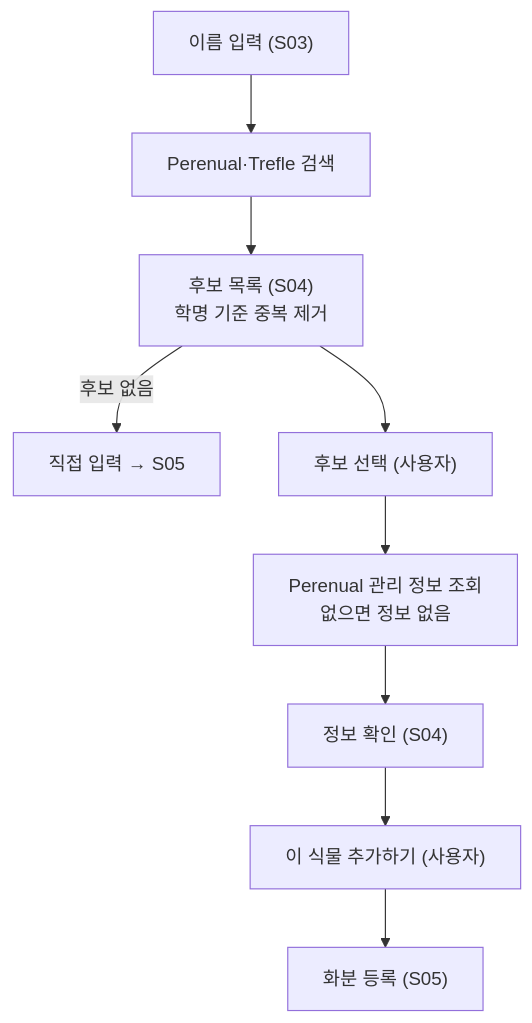
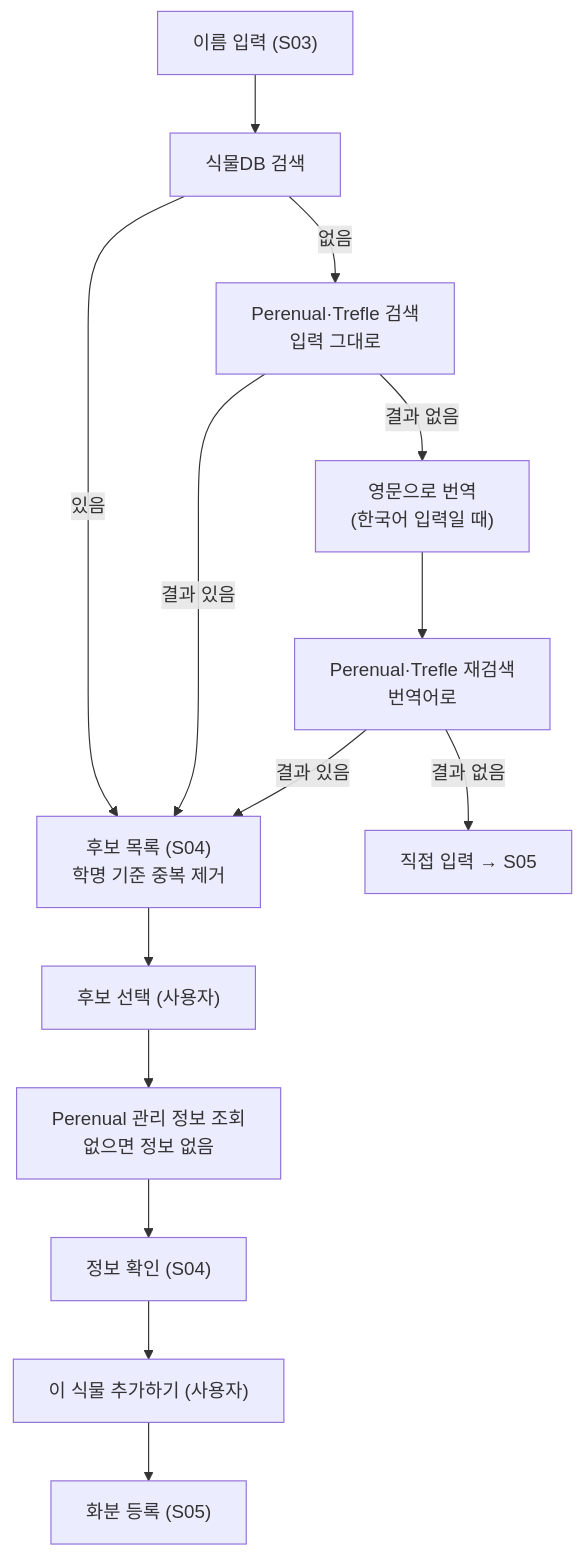
The first of 2 diagrams in docs/stage2/03-functional-specification.md (skiiilee/die-no-more), drawn with Mermaid before and after one commit. The commit also changed other lines of this file and 2 other files, not shown here.

Commit message:
docs: fix Korean name search order in stage 2 spec and data sources
Claude-Session: https://claude.ai/code/session_01M6cPSQP8EzxcsVfvztDNSh

````diff
--- a/docs/stage2/03-functional-specification.md
+++ b/docs/stage2/03-functional-specification.md
@@ -50,11 +50,16 @@
 ```mermaid
 flowchart TD
-  A["이름 입력 (S03)"] --> B["Perenual·Trefle 검색"]
-  B --> C["후보 목록 (S04)<br/>학명 기준 중복 제거"]
-  C -->|후보 없음| X["직접 입력 → S05"]
+  A["이름 입력 (S03)"] --> A1["식물DB 검색"]
+  A1 -->|있음| C["후보 목록 (S04)<br/>학명 기준 중복 제거"]
+  A1 -->|없음| B["Perenual·Trefle 검색<br/>입력 그대로"]
+  B -->|결과 있음| C
+  B -->|결과 없음| B2["영문으로 번역<br/>(한국어 입력일 때)"]
+  B2 --> B3["Perenual·Trefle 재검색<br/>번역어로"]
+  B3 -->|결과 있음| C
+  B3 -->|결과 없음| X["직접 입력 → S05"]
   C --> D["후보 선택 (사용자)"]
   D --> E["Perenual 관리 정보 조회<br/>없으면 정보 없음"]
   E --> F["정보 확인 (S04)"]
   F --> G["이 식물 추가하기 (사용자)"]
   G --> H["화분 등록 (S05)"]
 ```
````
